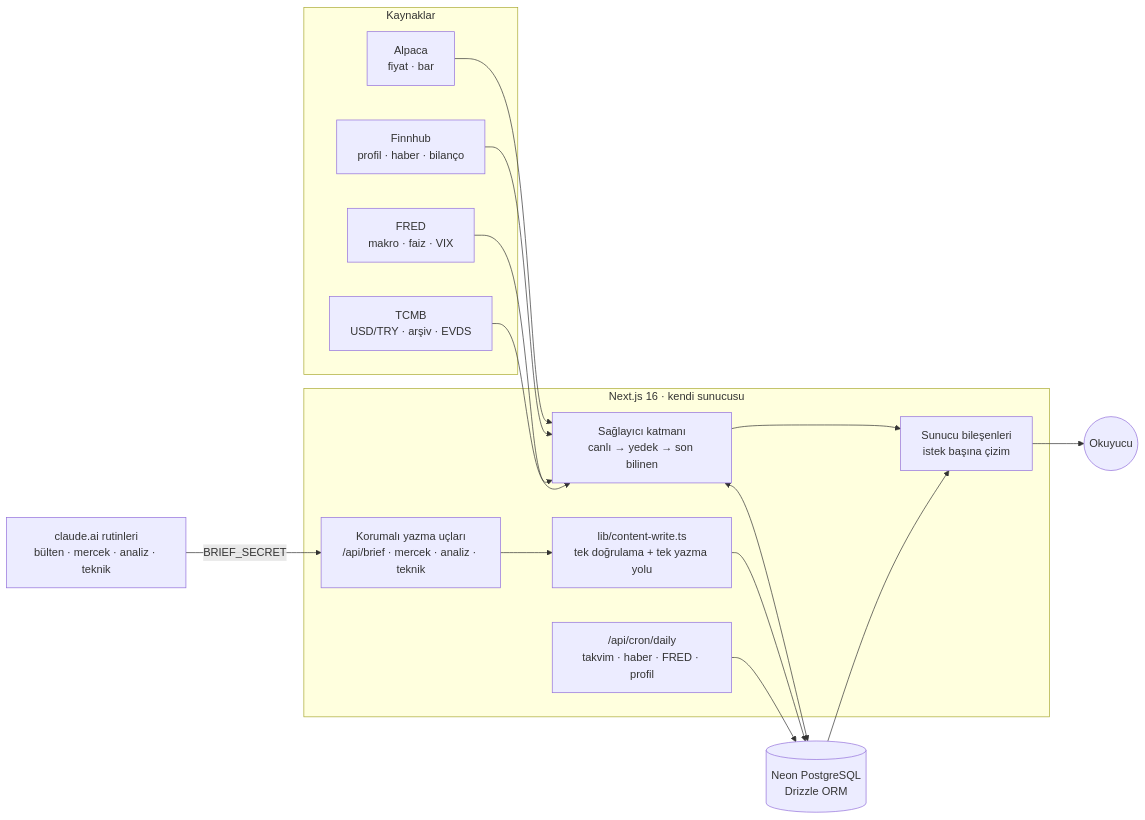
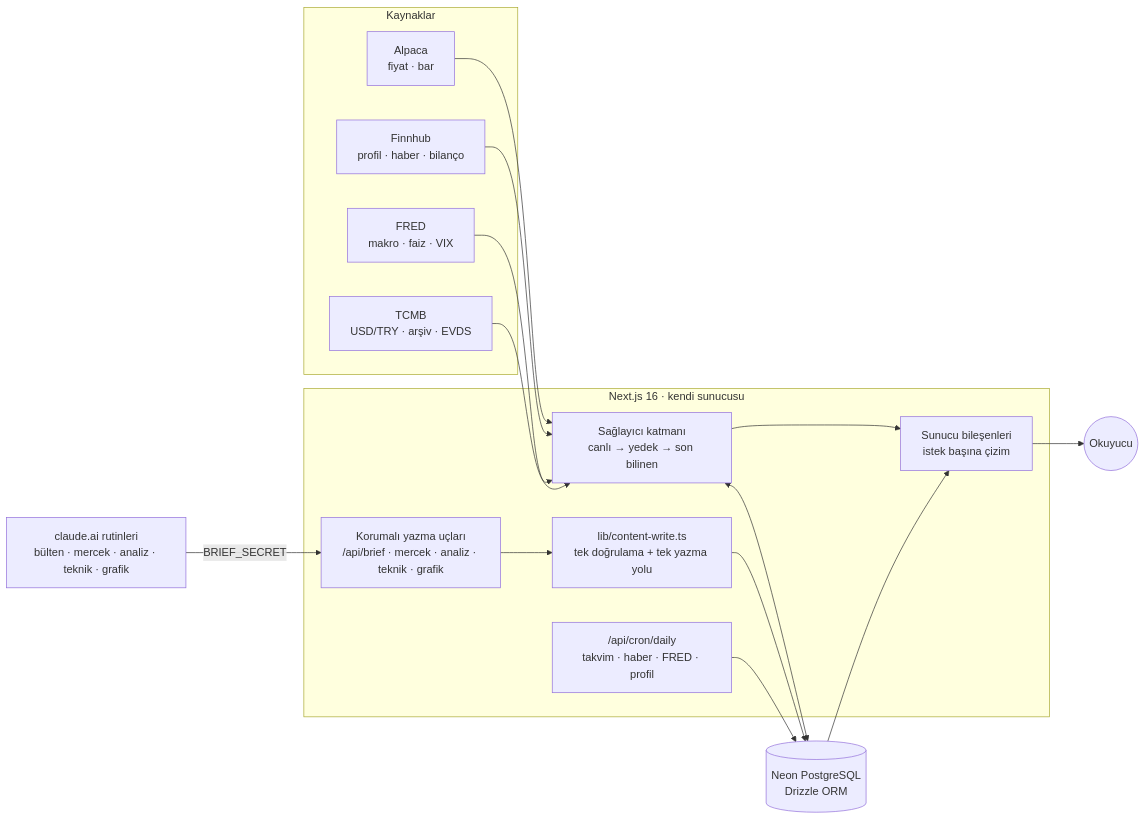
One commit to ahmetakyapi/acilis-zili changed the diagram in README.md. Above: the diagram before and after it, drawn with Mermaid. The commit also changed other lines of this file and 19 other files, not shown here.

````diff
--- a/README.md
+++ b/README.md
@@ -192,28 +196,28 @@
 ```mermaid
 flowchart LR
   subgraph Kaynaklar
     AL[Alpaca<br/>fiyat · bar]
     FH[Finnhub<br/>profil · haber · bilanço]
     FR[FRED<br/>makro · faiz · VIX]
     TC[TCMB<br/>USD/TRY · arşiv · EVDS]
   end
 
   subgraph Sunucu["Next.js 16 · kendi sunucusu"]
     PL["Sağlayıcı katmanı<br/>canlı → yedek → son bilinen"]
     RSC["Sunucu bileşenleri<br/>istek başına çizim"]
-    API["Korumalı yazma uçları<br/>/api/brief · mercek · analiz · teknik"]
+    API["Korumalı yazma uçları<br/>/api/brief · mercek · analiz · teknik · grafik"]
     CW["lib/content-write.ts<br/>tek doğrulama + tek yazma yolu"]
     CRON["/api/cron/daily<br/>takvim · haber · FRED · profil"]
   end
 
   DB[(Neon PostgreSQL<br/>Drizzle ORM)]
-  RT["claude.ai rutinleri<br/>bülten · mercek · analiz · teknik"]
+  RT["claude.ai rutinleri<br/>bülten · mercek · analiz · teknik · grafik"]
   U((Okuyucu))
 
   AL & FH & FR & TC --> PL
   PL <--> DB
   PL --> RSC
   RT -- "BRIEF_SECRET" --> API --> CW --> DB
   CRON --> DB
   DB --> RSC --> U
 ```
````
